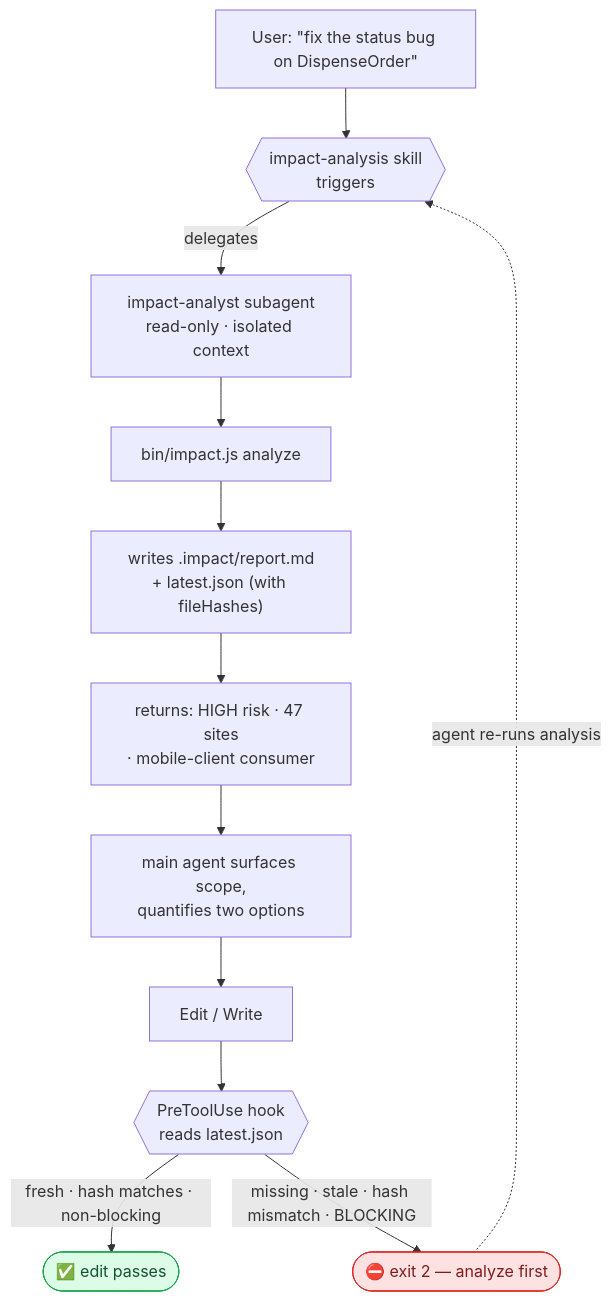
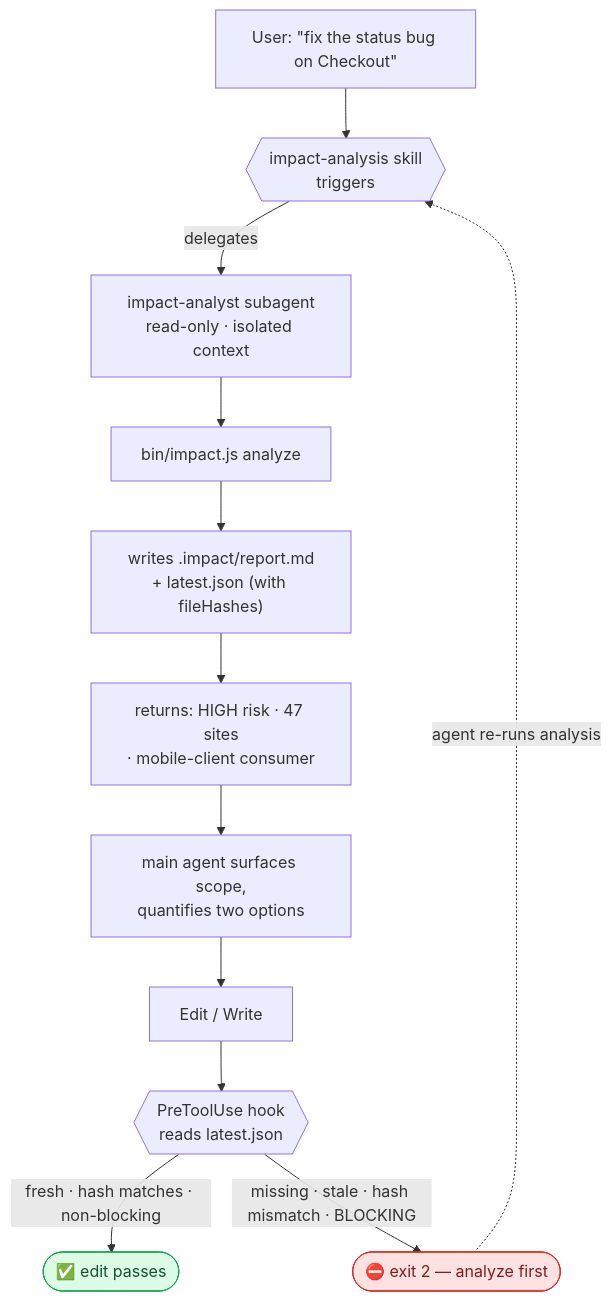
Before and after one commit to MulhamAryan/seismo-cc: the first of 3 diagrams in README.md, drawn with Mermaid. The commit also changed other lines of this file and 7 other files, not shown here.

````diff
--- a/README.md
+++ b/README.md
@@ -39,19 +39,19 @@
 ```mermaid
 flowchart TD
-    U["User: &quot;fix the status bug on DispenseOrder&quot;"] --> S{{"impact-analysis skill<br/>triggers"}}
+    U["User: &quot;fix the status bug on Checkout&quot;"] --> S{{"impact-analysis skill<br/>triggers"}}
     S -->|delegates| A["impact-analyst subagent<br/>read-only · isolated context"]
     A --> E["bin/impact.js analyze"]
     E --> W["writes .impact/report.md<br/>+ latest.json (with fileHashes)"]
     W --> V["returns: HIGH risk · 47 sites<br/>· mobile-client consumer"]
     V --> M["main agent surfaces scope,<br/>quantifies two options"]
     M --> ED["Edit / Write"]
     ED --> H{{"PreToolUse hook<br/>reads latest.json"}}
     H -->|"fresh · hash matches · non-blocking"| PASS(["✅ edit passes"])
     H -->|"missing · stale · hash mismatch · BLOCKING"| BLOCK(["⛔ exit 2 — analyze first"])
     BLOCK -.->|agent re-runs analysis| S
 
     classDef pass fill:#dcfce7,stroke:#16a34a,color:#14532d;
     classDef block fill:#fee2e2,stroke:#dc2626,color:#7f1d1d;
     class PASS pass;
     class BLOCK block;
 ```
````
